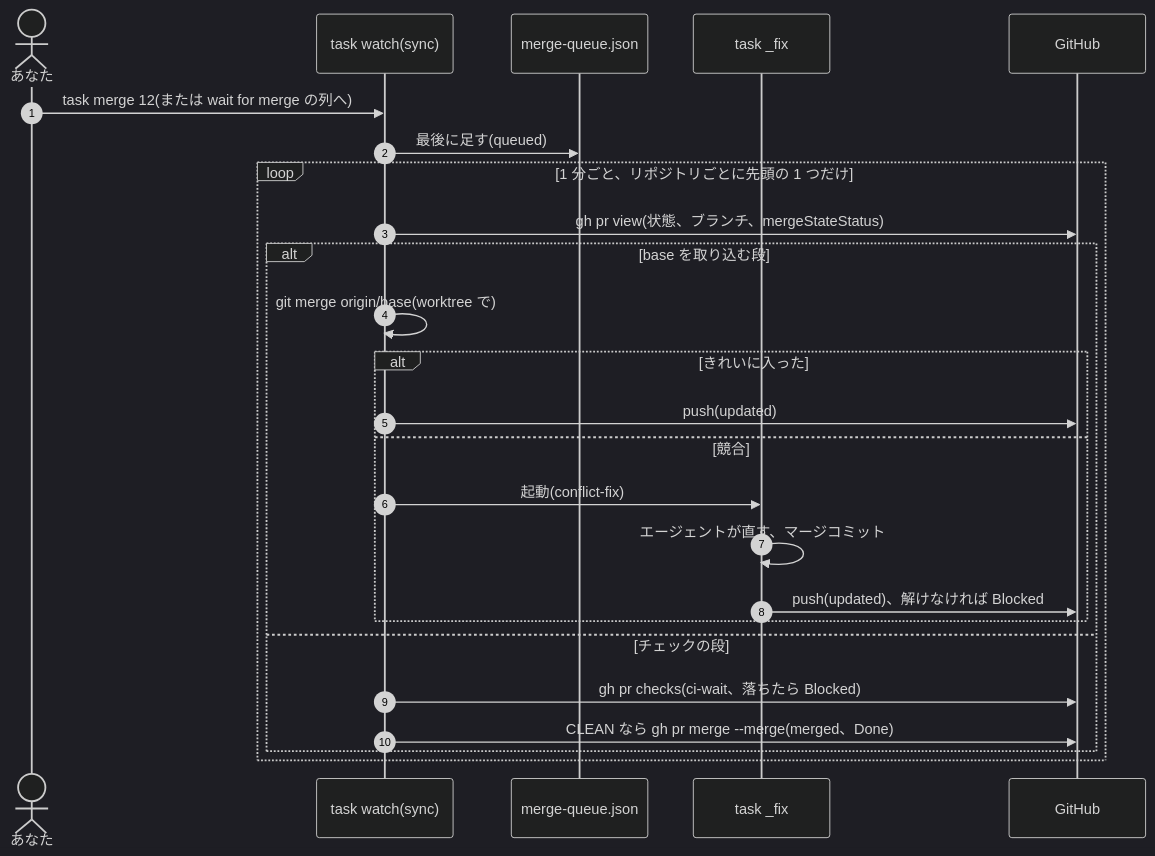
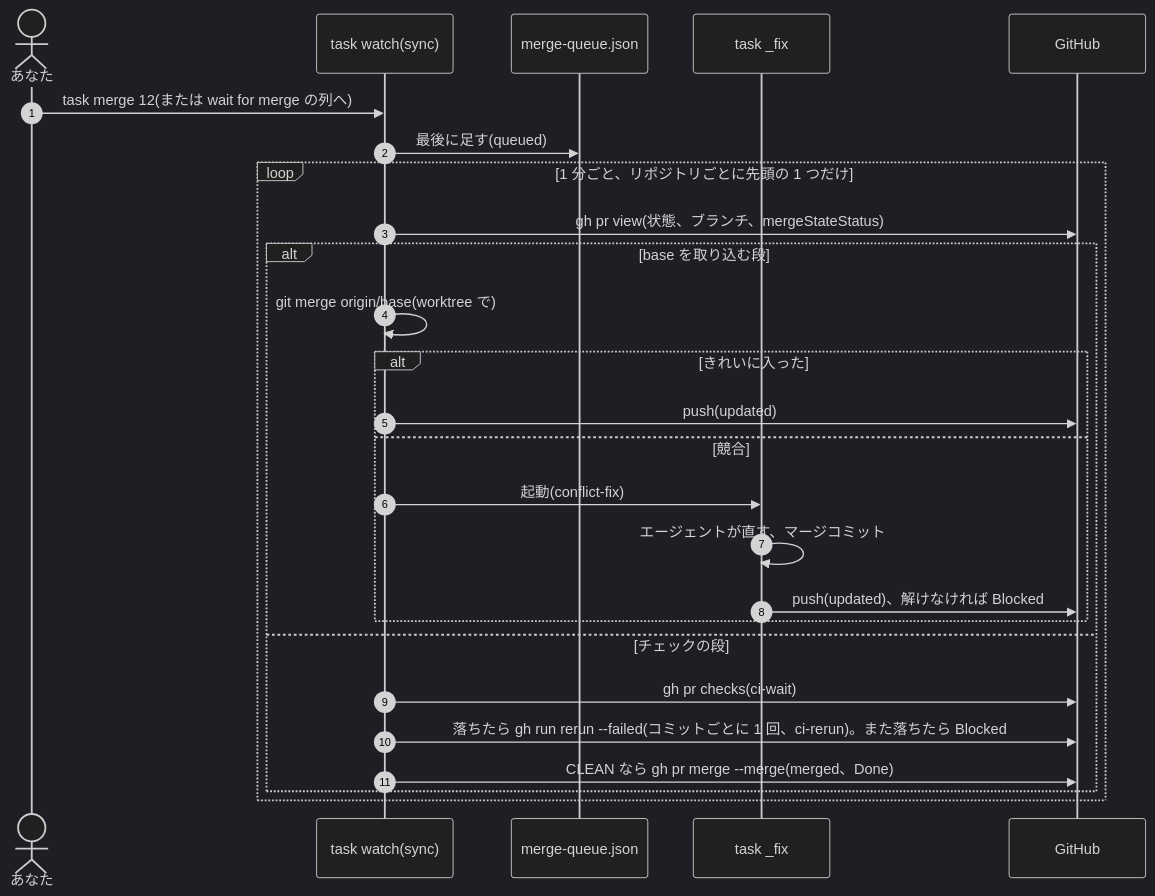
One commit to jyoka/task-hub changed the seventh of 10 diagrams in docs/architecture/hld.md. Above: the diagram before and after it, drawn with Mermaid (dark theme). The commit also changed 5 other files, not shown here.

````diff
--- a/docs/architecture/hld.md
+++ b/docs/architecture/hld.md
@@ -272,27 +272,28 @@
 ```mermaid
 sequenceDiagram
     autonumber
     actor You as あなた
     participant Task as task watch(sync)
     participant Q as merge-queue.json
     participant Fix as task _fix
     participant GH as GitHub
     You->>Task: task merge 12(または wait for merge の列へ)
     Task->>Q: 最後に足す(queued)
     loop 1 分ごと、リポジトリごとに先頭の 1 つだけ
         Task->>GH: gh pr view(状態、ブランチ、mergeStateStatus)
         alt base を取り込む段
             Task->>Task: git merge origin/base(worktree で)
             alt きれいに入った
                 Task->>GH: push(updated)
             else 競合
                 Task->>Fix: 起動(conflict-fix)
                 Fix->>Fix: エージェントが直す、マージコミット
                 Fix->>GH: push(updated)、解けなければ Blocked
             end
         else チェックの段
-            Task->>GH: gh pr checks(ci-wait、落ちたら Blocked)
+            Task->>GH: gh pr checks(ci-wait)
+            Task->>GH: 落ちたら gh run rerun --failed(コミットごとに 1 回、ci-rerun)。また落ちたら Blocked
             Task->>GH: CLEAN なら gh pr merge --merge(merged、Done)
         end
     end
 ```
````
